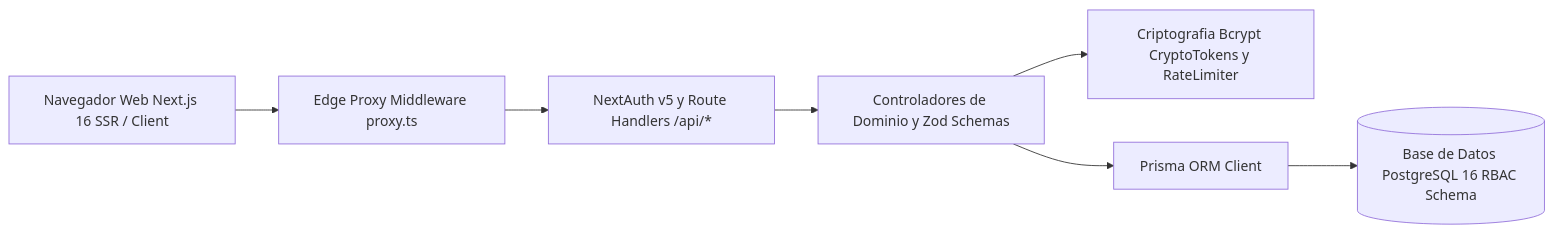
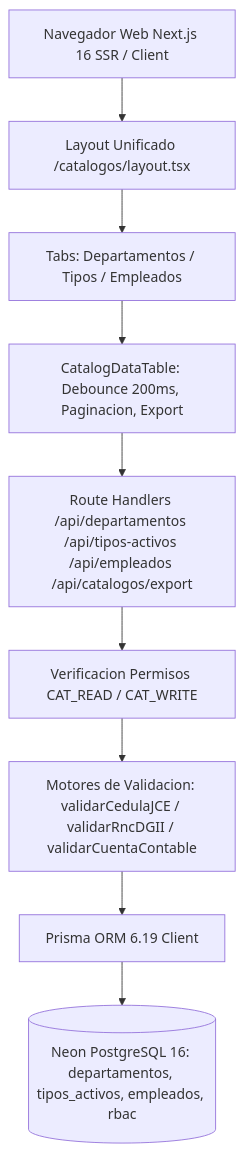
The third of 4 diagrams in docs/modules/activos-fijos.md (JeremyJS20/activa_core), drawn with Mermaid before and after one commit. The commit also changed other lines of this file and 2 other files, not shown here.

Commit message:
docs(architecture): consolidate living system documentation and complete sub-module 01 certification

````diff
--- a/docs/modules/activos-fijos.md
+++ b/docs/modules/activos-fijos.md
@@ -64,9 +80,11 @@
 ```mermaid
-flowchart LR
-    Browser[Navegador Web Next.js 16 SSR / Client] --> Proxy[Edge Proxy Middleware proxy.ts]
-    Proxy --> Handlers[NextAuth v5 y Route Handlers /api/*]
-    Handlers --> Domain[Controladores de Dominio y Zod Schemas]
-    Domain --> Security[Criptografia Bcrypt CryptoTokens y RateLimiter]
-    Domain --> Prisma[Prisma ORM Client]
-    Prisma --> PostgreSQL[(Base de Datos PostgreSQL 16 RBAC Schema)]
+flowchart TD
+    Browser[Navegador Web Next.js 16 SSR / Client] --> Shell[Layout Unificado /catalogos/layout.tsx]
+    Shell --> Tabs[Tabs: Departamentos / Tipos / Empleados]
+    Tabs --> DataTable[CatalogDataTable: Debounce 200ms, Paginacion, Export]
+    DataTable --> API_Catalogos[Route Handlers /api/departamentos /api/tipos-activos /api/empleados /api/catalogos/export]
+    API_Catalogos --> RBAC_Gate[Verificacion Permisos CAT_READ / CAT_WRITE]
+    RBAC_Gate --> Validators[Motores de Validacion: validarCedulaJCE / validarRncDGII / validarCuentaContable]
+    Validators --> Prisma[Prisma ORM 6.19 Client]
+    Prisma --> PostgreSQL[(Neon PostgreSQL 16: departamentos, tipos_activos, empleados, rbac)]
 ```
````
